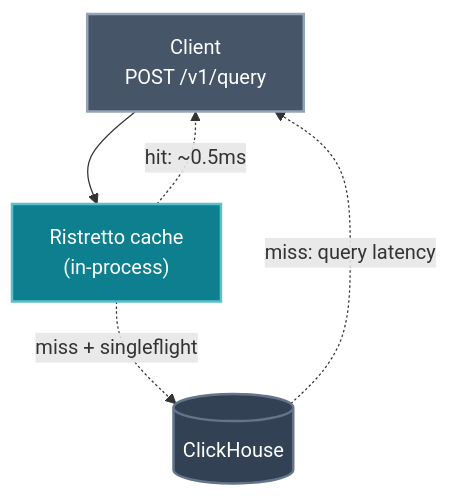
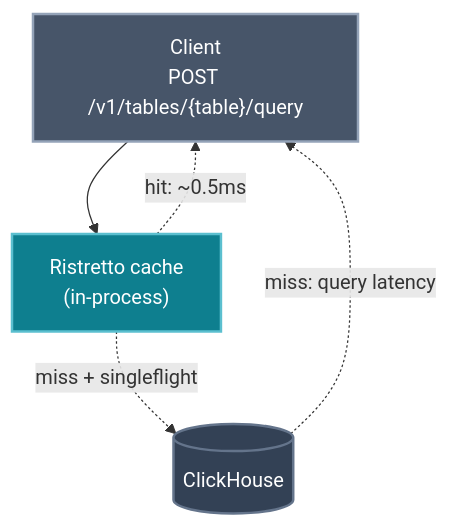
Before and after one commit to Wave-RF/WaveHouse: the sixth of 6 diagrams in docs/src/content/docs/why-wavehouse.md, drawn with Mermaid. The commit also changed 40 other files, not shown here.

````diff
--- a/docs/src/content/docs/why-wavehouse.md
+++ b/docs/src/content/docs/why-wavehouse.md
@@ -245,12 +245,12 @@
 ```mermaid
 flowchart TB
     classDef client fill:#475569,stroke:#94a3b8,color:#fff,stroke-width:2px
     classDef wh fill:#0e7f8f,stroke:#5bbfcf,color:#fff,stroke-width:2px
     classDef store fill:#334155,stroke:#64748b,color:#fff,stroke-width:2px
 
-    Q["Client<br/>POST /v1/query"]:::client
+    Q["Client<br/>POST /v1/tables/{table}/query"]:::client
     Q --> L1["Ristretto cache<br/>(in-process)"]:::wh
     L1 -. "miss + singleflight" .-> CH[("ClickHouse")]:::store
     L1 -. "hit: ~0.5ms" .-> Q
     CH -. "miss: query latency" .-> Q
 ```
````
